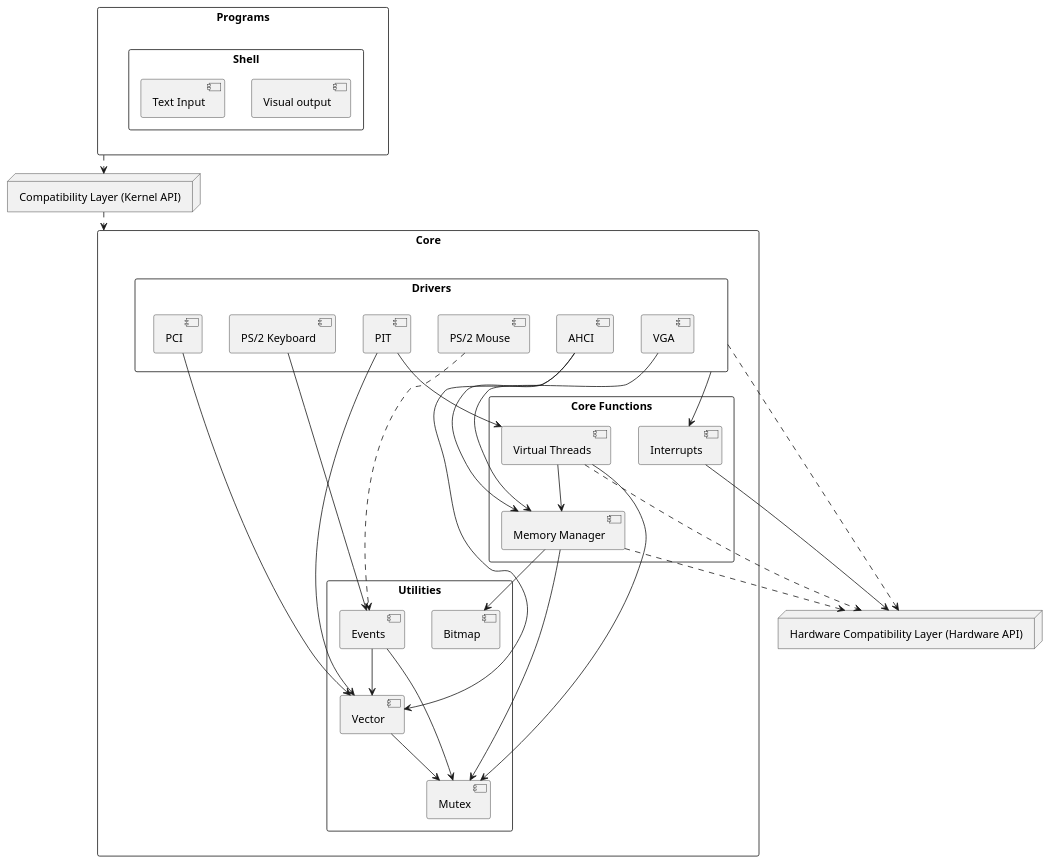
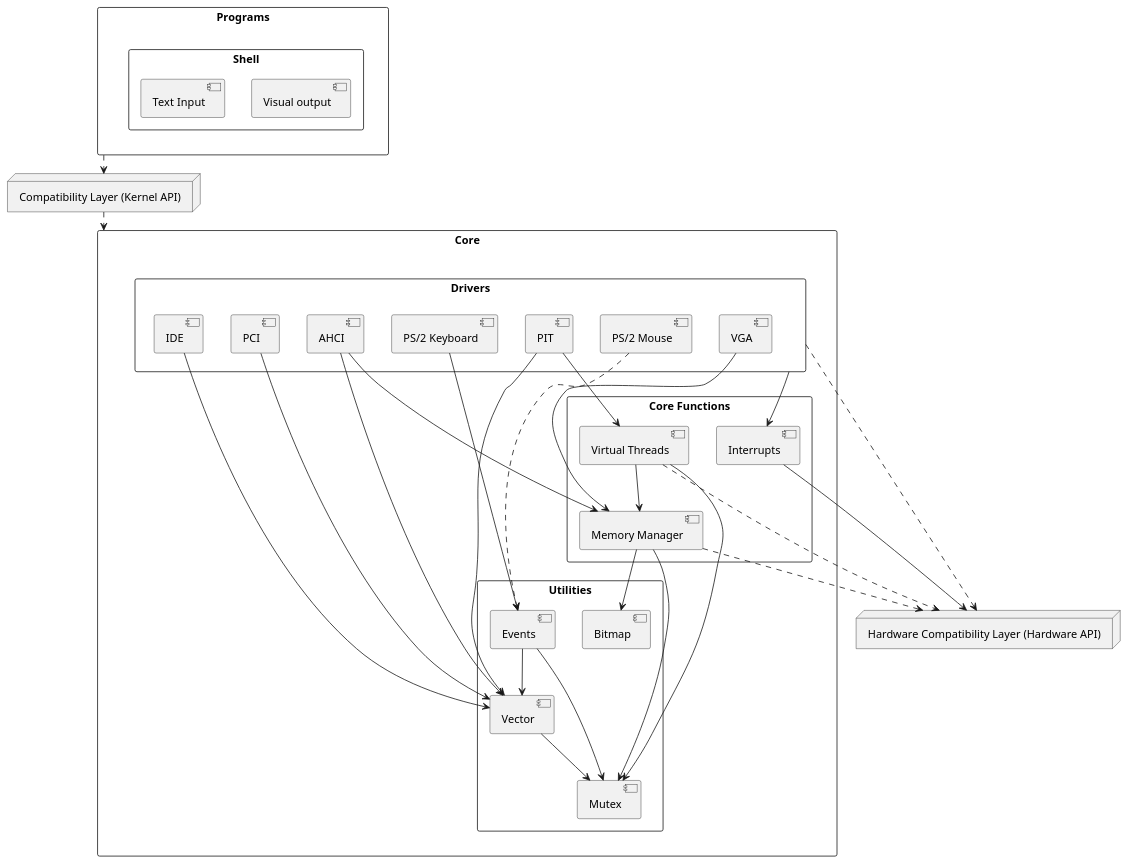
One commit to cactoes/virtual_reflections_os changed the diagram in docs/diagram.puml. Above: the diagram before and after it, drawn with PlantUML.

Commit message:
updated diagram

```diff
--- a/docs/diagram.puml
+++ b/docs/diagram.puml
@@ -1,68 +1,70 @@
 @startuml kernel diagram
 
 node "Hardware Compatibility Layer (Hardware API)" as HWCL {
 }
 
 rectangle "Core" {
     rectangle "Drivers" {
         [PCI]
         [PIT]
         [VGA]
         [PS/2 Keyboard]
         [PS/2 Mouse]
         [AHCI]
+        [IDE]
     }
 
     rectangle "Core Functions" {
         [Virtual Threads]
         [Memory Manager]
         [Interrupts]
     }
 
     rectangle "Utilities" {
         [Vector]
         [Mutex]
         [Events]
         [Bitmap]
     }
 }
 
 [Virtual Threads] --> [Mutex]
 [Virtual Threads] --> [Memory Manager]
 
 [Memory Manager] --> [Bitmap]
 [Memory Manager] --> [Mutex]
 
 [Drivers] --> [Interrupts]
 [PCI] --> [Vector]
 [PIT] --> [Vector]
 [PIT] --> [Virtual Threads]
 [VGA] --> [Memory Manager]
 [PS/2 Keyboard] --> [Events]
 [PS/2 Mouse] ..> [Events]
 [AHCI] --> [Memory Manager]
 [AHCI] --> [Vector]
+[IDE] --> [Vector]
 
 [Events] --> [Mutex]
 [Events] --> [Vector]
 [Vector] --> [Mutex]
 
 rectangle "Programs" {
     rectangle "Shell" {
         [Visual output]
         [Text Input]
     }
 }
 
 node "Compatibility Layer (Kernel API)" as CL {
 }
 
 Programs ..> CL
 CL ..> Core
 
 [Interrupts] --> HWCL
 Drivers ..> HWCL
 [Memory Manager] ..> HWCL
 [Virtual Threads] ..> HWCL
 
 @enduml
```
